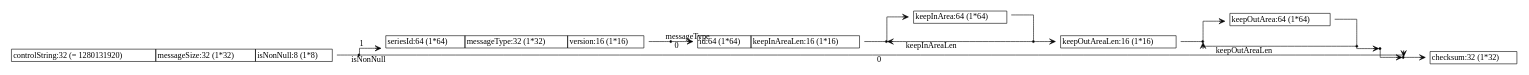
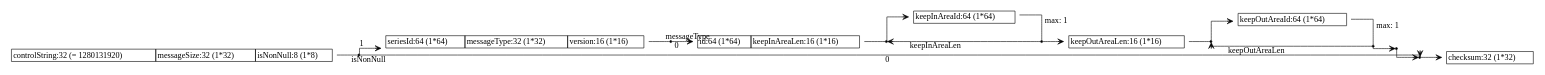
Before and after one commit to sireum/bitcodec-examples: the diagram in src/uxas/lmcp-spec.dot, drawn with Graphviz. The commit also changed 2 other files, not shown here.

Commit message:
Updated lmcp max keep in/out areas to 1.

```diff
--- a/src/uxas/lmcp-spec.dot
+++ b/src/uxas/lmcp-spec.dot
@@ -1,68 +1,68 @@
 digraph G {
   rankdir = LR;
   graph [splines=ortho];
   node [shape=plaintext];
   edge [arrowhead=vee];
 
   n0 [label=<
     <TABLE BORDER="0" CELLBORDER="1" CELLSPACING="0" TOOLTIP="LmcpObject" HREF="#">
       <TR><TD>controlString:32 (= 1280131920)</TD><TD>messageSize:32 (1*32)</TD><TD>isNonNull:8 (1*8)</TD></TR>
     </TABLE>
   >];
   n1 [shape=point];
   n2 [label=<
     <TABLE BORDER="0" CELLBORDER="1" CELLSPACING="0" TOOLTIP="LmcpObject.nonEmptyMessage" HREF="#">
       <TR><TD>seriesId:64 (1*64)</TD><TD>messageType:32 (1*32)</TD><TD>version:16 (1*16)</TD></TR>
     </TABLE>
   >];
   n3 [shape=point];
   n4 [label=<
     <TABLE BORDER="0" CELLBORDER="1" CELLSPACING="0" TOOLTIP="LmcpObject" HREF="#">
       <TR><TD>checksum:32 (1*32)</TD></TR>
     </TABLE>
   >];
   n5 [shape=point];
   n6 [label=<
     <TABLE BORDER="0" CELLBORDER="1" CELLSPACING="0" TOOLTIP="LmcpObject.nonEmptyMessage.operatingRegionPayload" HREF="#">
       <TR><TD>id:64 (1*64)</TD><TD>keepInAreaLen:16 (1*16)</TD></TR>
     </TABLE>
   >];
   n7 [shape=point];
   n8 [shape=point];
   n9 [label=<
-    <TABLE BORDER="0" CELLBORDER="1" CELLSPACING="0" TOOLTIP="LmcpObject.nonEmptyMessage.operatingRegionPayload.keepInArea" HREF="#">
-      <TR><TD>keepInArea:64 (1*64)</TD></TR>
+    <TABLE BORDER="0" CELLBORDER="1" CELLSPACING="0" TOOLTIP="LmcpObject.nonEmptyMessage.operatingRegionPayload.keepInAreaId" HREF="#">
+      <TR><TD>keepInAreaId:64 (1*64)</TD></TR>
     </TABLE>
   >];
   n10 [shape=point];
   n11 [label=<
     <TABLE BORDER="0" CELLBORDER="1" CELLSPACING="0" TOOLTIP="LmcpObject.nonEmptyMessage.operatingRegionPayload" HREF="#">
       <TR><TD>keepOutAreaLen:16 (1*16)</TD></TR>
     </TABLE>
   >];
   n12 [shape=point];
   n13 [label=<
-    <TABLE BORDER="0" CELLBORDER="1" CELLSPACING="0" TOOLTIP="LmcpObject.nonEmptyMessage.operatingRegionPayload.keepOutArea" HREF="#">
-      <TR><TD>keepOutArea:64 (1*64)</TD></TR>
+    <TABLE BORDER="0" CELLBORDER="1" CELLSPACING="0" TOOLTIP="LmcpObject.nonEmptyMessage.operatingRegionPayload.keepOutAreaId" HREF="#">
+      <TR><TD>keepOutAreaId:64 (1*64)</TD></TR>
     </TABLE>
   >];
   n14 [shape=point];
 
   n0 -> n1 [arrowhead=none, xlabel="isNonNull", tooltip="b => if (conversions.U8.toZ(b) == 0) 0 else 1", href="#"];
   n1 -> n2 [xlabel="1"];
   n3 -> n4;
   n7 -> n3;
   n1 -> n3 [xlabel="0"];
   n2 -> n5 [arrowhead=none, xlabel="messageType", tooltip="n => conversions.U32.toZ(n) match {&#013;case z\"39\" /* OPERATINGREGION is 39 in afrl/cmasi/CMASIEnum.h */ => 0&#013;case  _ => -1&#013;}", href="#"];
   n5 -> n6 [xlabel="0"];
   n6 -> n8 [arrowhead=none];
   n10 -> n8 [xlabel="keepInAreaLen", tooltip="l => conversions.U16.toZ(l)", href="#"];
   n8 -> n9;
   n10 -> n11;
-  n9 -> n10 [arrowhead=none];
+  n9 -> n10 [arrowhead=none, xlabel="max: 1"];
   n14 -> n12 [xlabel="keepOutAreaLen", tooltip="l => conversions.U16.toZ(l)", href="#"];
   n11 -> n12 [arrowhead=none];
   n12 -> n13;
-  n13 -> n14 [arrowhead=none];
+  n13 -> n14 [arrowhead=none, xlabel="max: 1"];
   n14 -> n7;
 }
```
